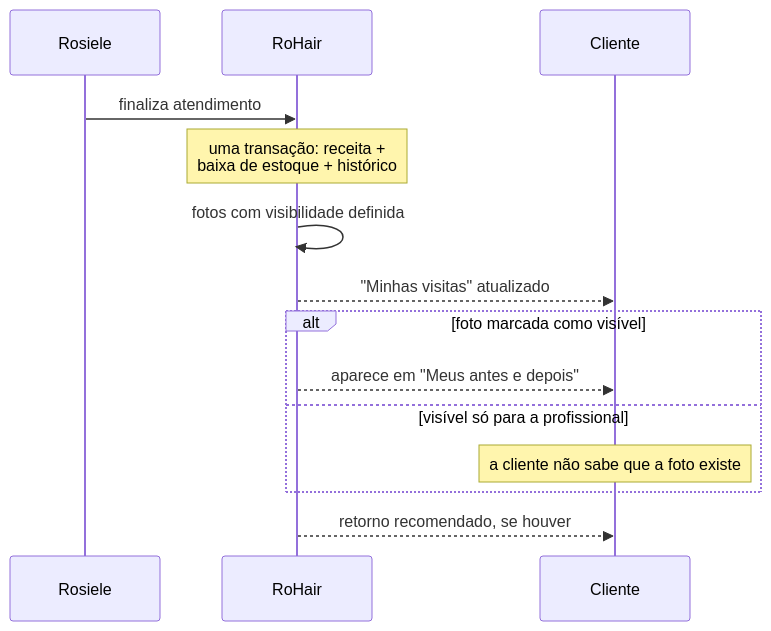
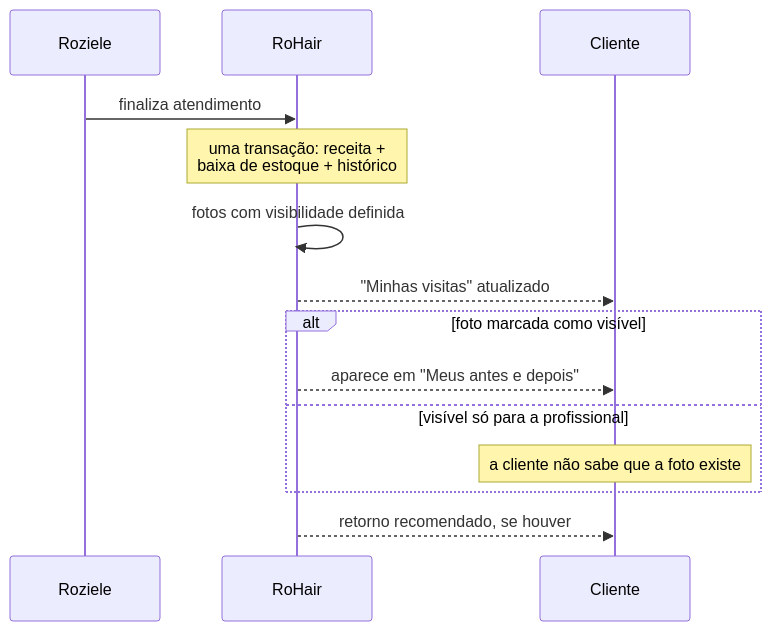
Before and after one commit to alanaraujo-bit/RoHair: the eighth of 11 diagrams in docs/07-FLUXOS.md, drawn with Mermaid. The commit also changed other lines of this file and 52 other files, not shown here.

````diff
--- a/docs/07-FLUXOS.md
+++ b/docs/07-FLUXOS.md
@@ -231,17 +231,17 @@
 ```mermaid
 sequenceDiagram
-    participant R as Rosiele
+    participant R as Roziele
     participant Sys as RoHair
     participant C as Cliente
 
     R->>Sys: finaliza atendimento
     Note over Sys: uma transação: receita +<br/>baixa de estoque + histórico
     Sys->>Sys: fotos com visibilidade definida
     Sys-->>C: "Minhas visitas" atualizado
     alt foto marcada como visível
         Sys-->>C: aparece em "Meus antes e depois"
     else visível só para a profissional
         Note over C: a cliente não sabe que a foto existe
     end
     Sys-->>C: retorno recomendado, se houver
 ```
````
